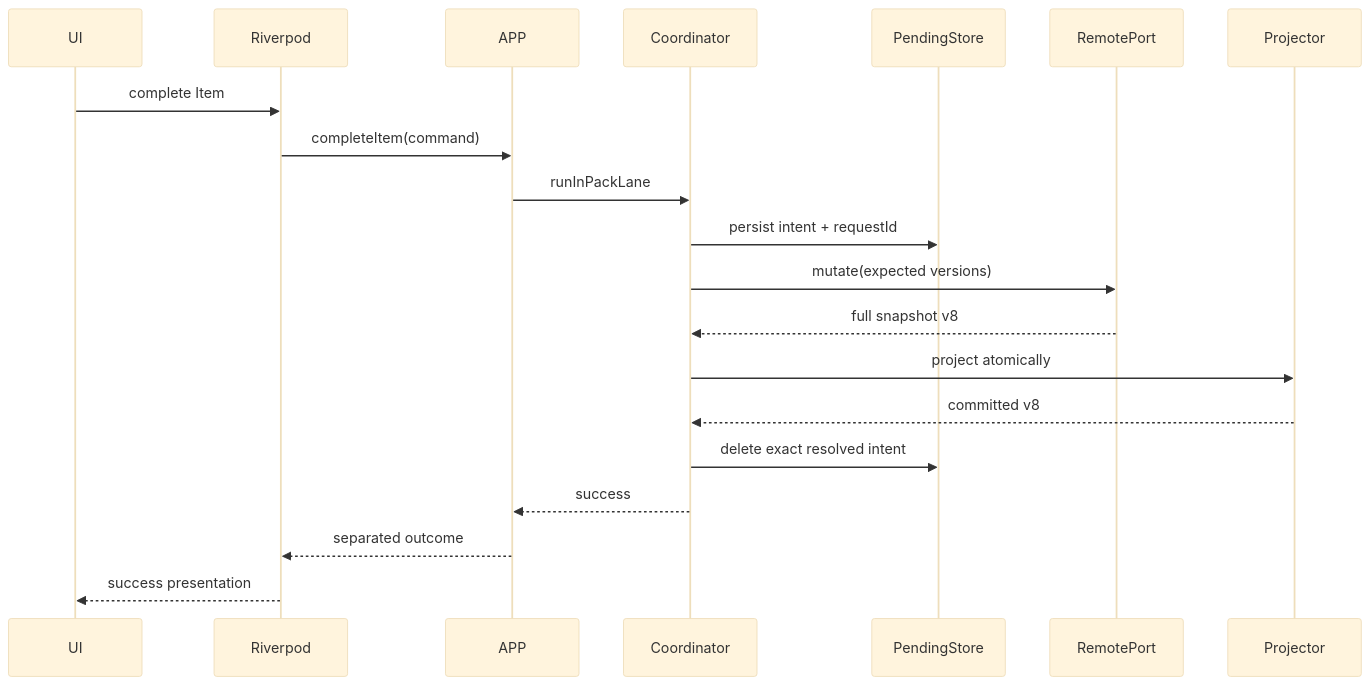
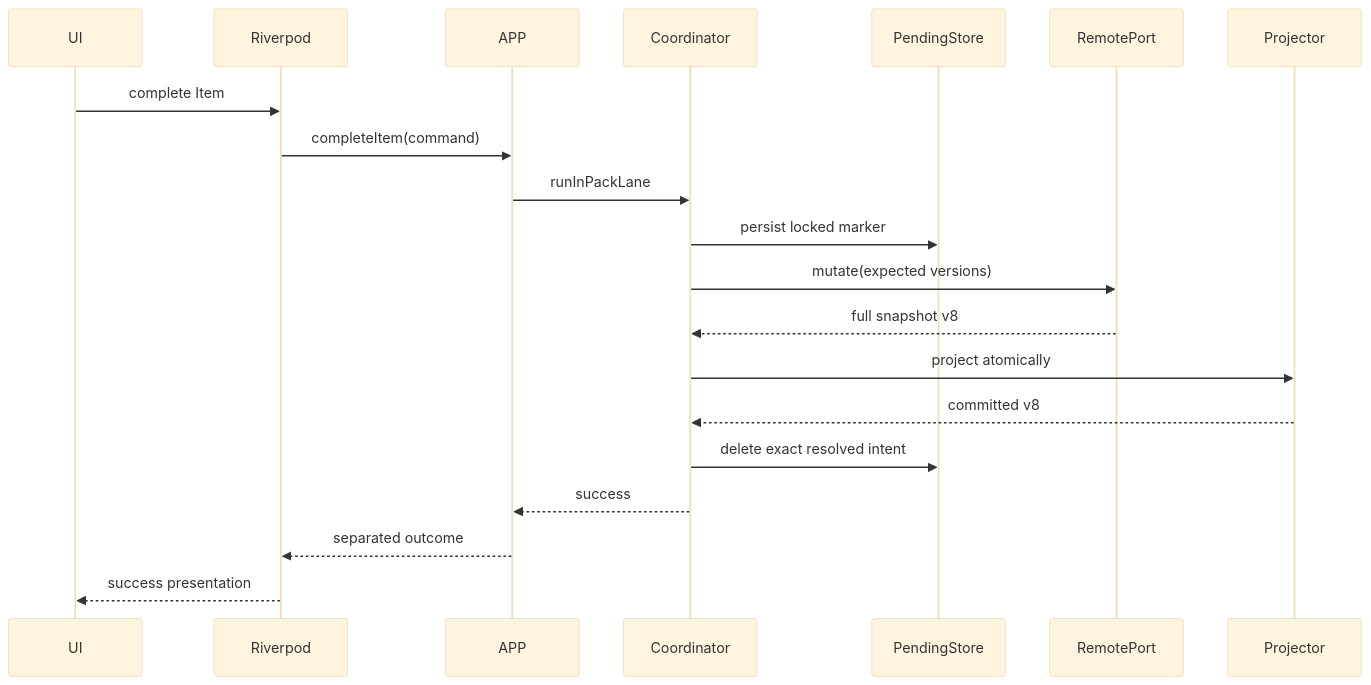
The third of 12 diagrams in docs/core/14_shared_pack_application_ui_test_contract_v1.md (happybanxlala/reminder_app), drawn with Mermaid (base theme) before and after one commit. The commit also changed other lines of this file, not shown here.

````diff
--- a/docs/core/14_shared_pack_application_ui_test_contract_v1.md
+++ b/docs/core/14_shared_pack_application_ui_test_contract_v1.md
@@ -984,22 +1005,22 @@
 ```mermaid
 sequenceDiagram
   participant UI
   participant RP as Riverpod
   participant APP
   participant COORD as Coordinator
   participant PEND as PendingStore
   participant REM as RemotePort
   participant PROJ as Projector
   UI->>RP: complete Item
   RP->>APP: completeItem(command)
   APP->>COORD: runInPackLane
-  COORD->>PEND: persist intent + requestId
+  COORD->>PEND: persist locked marker
   COORD->>REM: mutate(expected versions)
   REM-->>COORD: full snapshot v8
   COORD->>PROJ: project atomically
   PROJ-->>COORD: committed v8
   COORD->>PEND: delete exact resolved intent
   COORD-->>APP: success
   APP-->>RP: separated outcome
   RP-->>UI: success presentation
 ```
````
